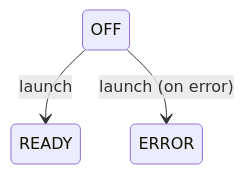
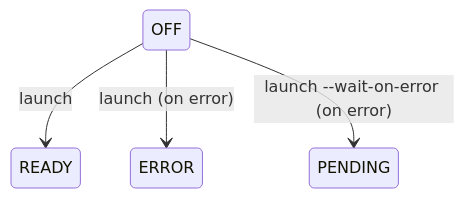
Before and after one commit to locnnil/workshop: the first of 5 diagrams in docs/reference/workshop-status.rst, drawn with Mermaid. The commit also changed other lines of this file and 2 other files, not shown here.

Commit message:
Doc: add documentation for waiting on error during launch

```diff
--- a/docs/reference/workshop-status.rst
+++ b/docs/reference/workshop-status.rst
@@ -20,8 +20,9 @@
 .. mermaid::
    :alt: Off state
    :caption: Off state
    :align: center
 
    stateDiagram-v2
        OFF --> READY: launch
        OFF --> ERROR: launch (on error)
+       OFF --> PENDING: launch --wait-on-error (on error)
```
